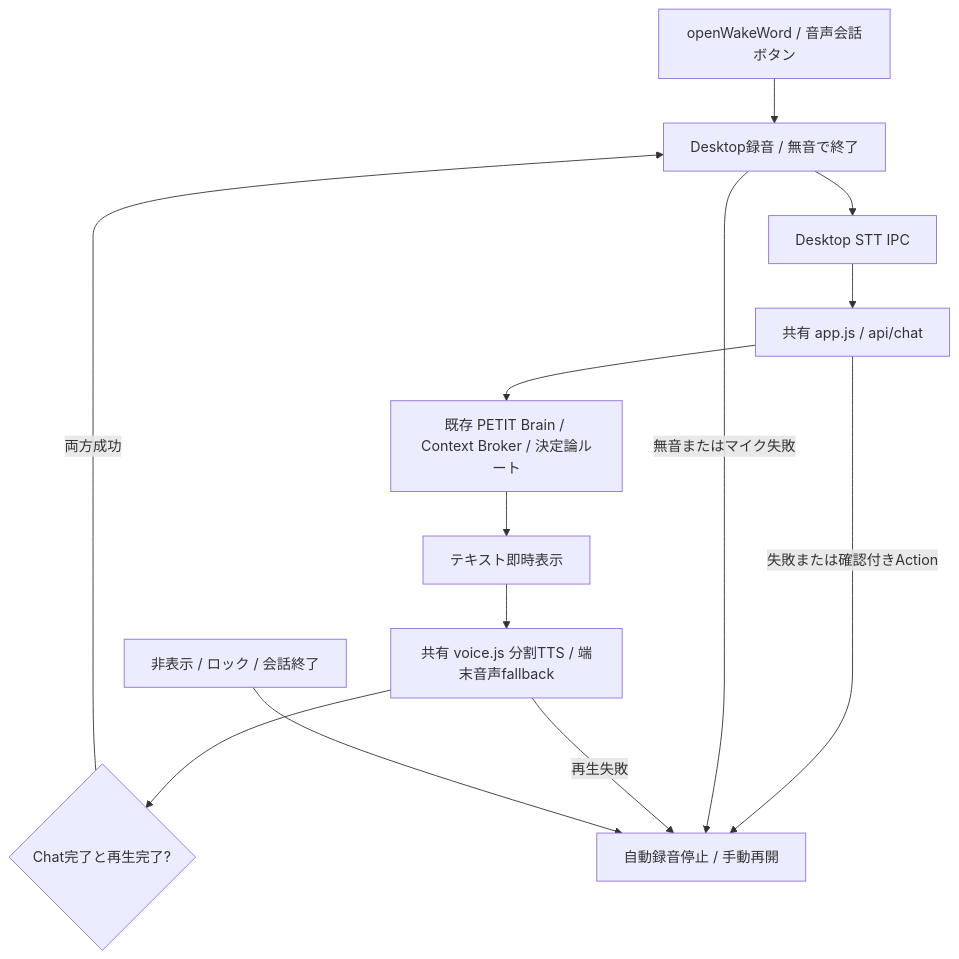
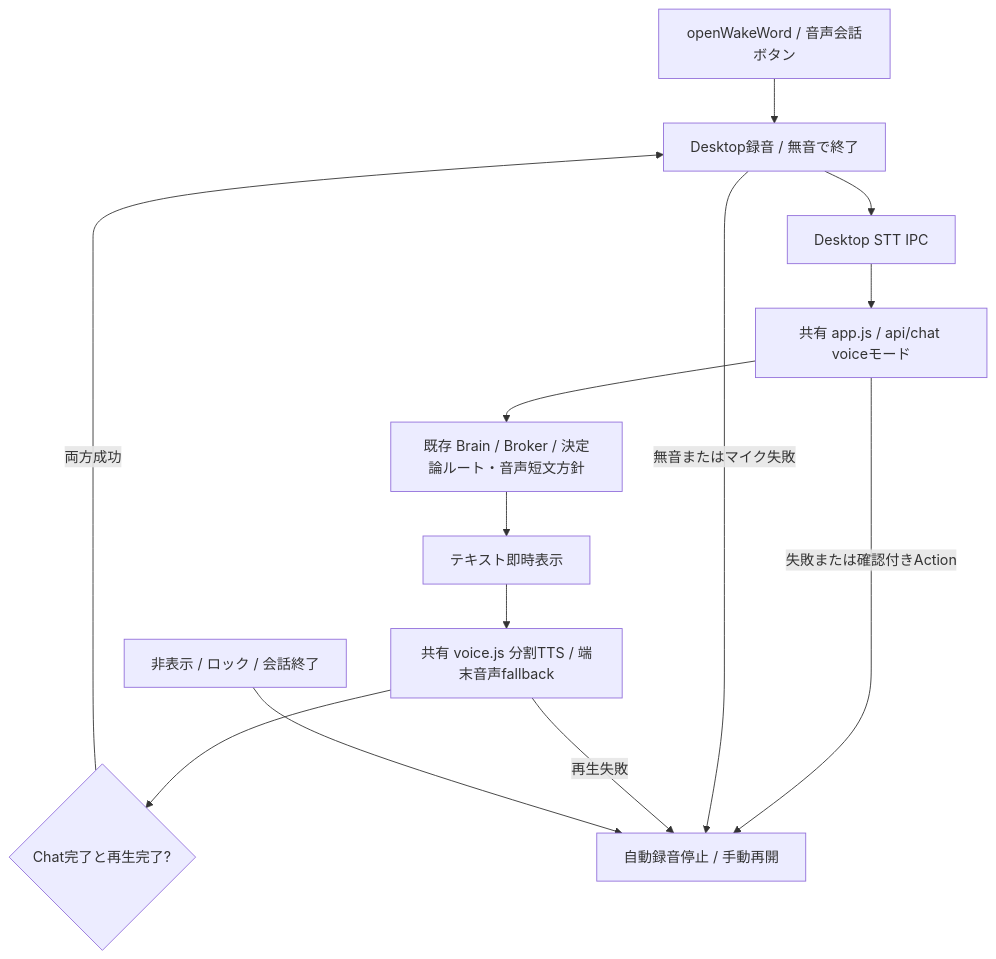
Before and after one commit to Soso2e/PETIT: diagram 19 of 19 in docs/runtime-flows.md, drawn with Mermaid. The commit also changed other lines of this file and 17 other files, not shown here.

````diff
--- a/docs/runtime-flows.md
+++ b/docs/runtime-flows.md
@@ -678,15 +678,15 @@
 ```mermaid
 flowchart TD
     Wake[openWakeWord / 音声会話ボタン] --> Record[Desktop録音 / 無音で終了]
     Record --> STT[Desktop STT IPC]
-    STT --> Chat[共有 app.js / api/chat]
-    Chat --> Brain[既存 PETIT Brain / Context Broker / 決定論ルート]
+    STT --> Chat[共有 app.js / api/chat voiceモード]
+    Chat --> Brain[既存 Brain / Broker / 決定論ルート・音声短文方針]
     Brain --> Reply[テキスト即時表示]
     Reply --> TTS[共有 voice.js 分割TTS / 端末音声fallback]
     TTS --> Join{Chat完了と再生完了?}
     Join -->|両方成功| Record
     Chat -->|失敗または確認付きAction| Stop[自動録音停止 / 手動再開]
     Record -->|無音またはマイク失敗| Stop
     TTS -->|再生失敗| Stop
     Hide[非表示 / ロック / 会話終了] --> Stop
 ```
````
